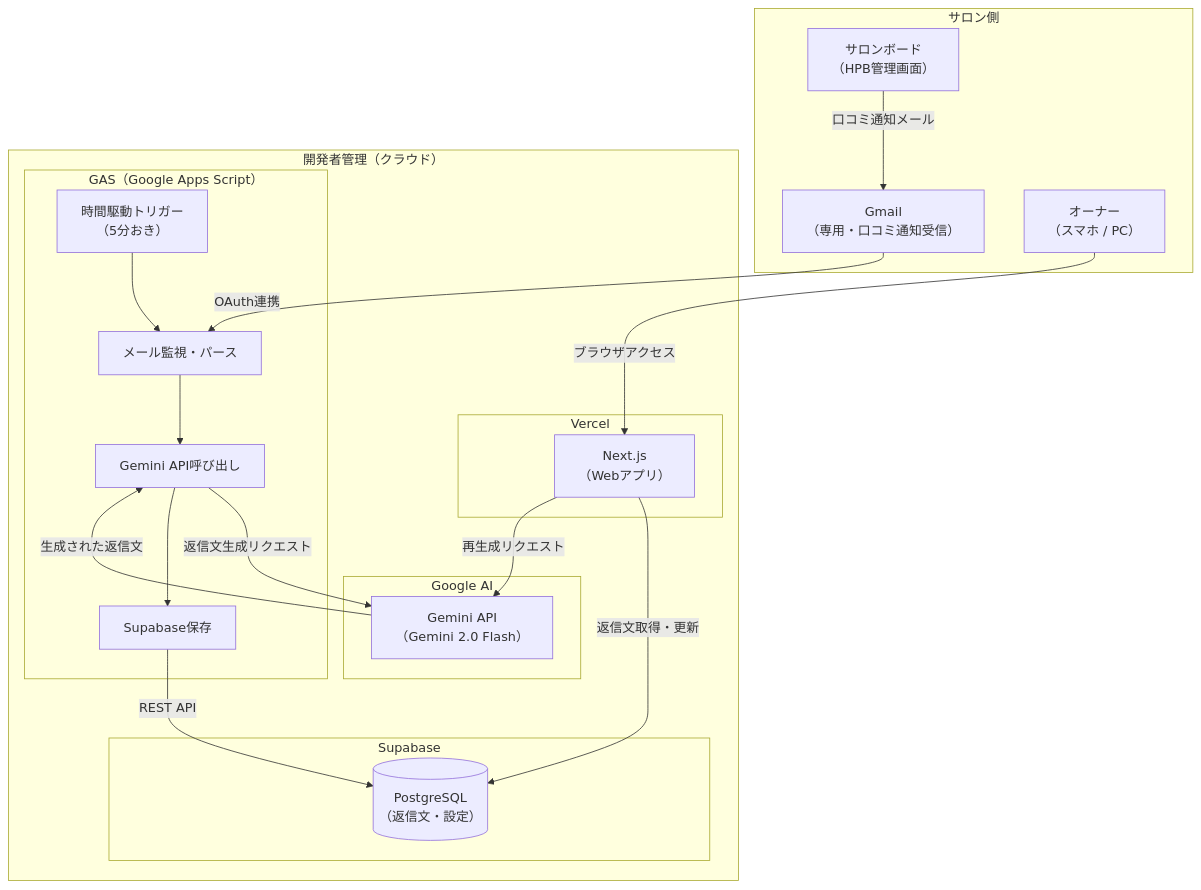
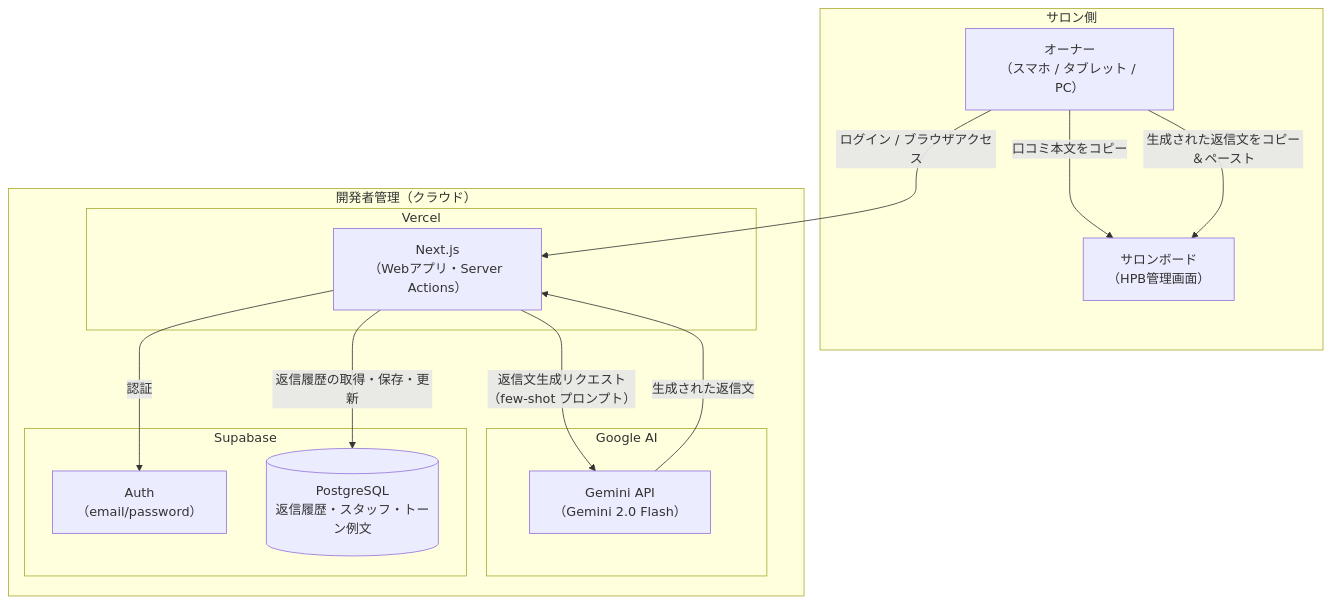
One commit to fu-mi-man/salon-ai changed the first of 3 diagrams in docs/99_research/technology/architecture.md. Above: the diagram before and after it, drawn with Mermaid. The commit also changed other lines of this file and 18 other files, not shown here.

````diff
--- a/docs/99_research/technology/architecture.md
+++ b/docs/99_research/technology/architecture.md
@@ -5,41 +5,30 @@
 ```mermaid
 graph TB
   subgraph salon["サロン側"]
     SB["サロンボード\n（HPB管理画面）"]
-    GM["Gmail\n（専用・口コミ通知受信）"]
-    OW["オーナー\n（スマホ / PC）"]
+    OW["オーナー\n（スマホ / タブレット / PC）"]
   end
 
   subgraph cloud["開発者管理（クラウド）"]
-    subgraph gas["GAS（Google Apps Script）"]
-      TR["時間駆動トリガー\n（5分おき）"]
-      ML["メール監視・パース"]
-      GN["Gemini API呼び出し"]
-      SV["Supabase保存"]
-    end
-
     subgraph gemini["Google AI"]
       GEM["Gemini API\n（Gemini 2.0 Flash）"]
     end
 
     subgraph vercel["Vercel"]
-      NX["Next.js\n（Webアプリ）"]
+      NX["Next.js\n（Webアプリ・Server Actions）"]
     end
 
     subgraph supabase["Supabase"]
-      DB[("PostgreSQL\n（返信文・設定）")]
+      AU["Auth\n（email/password）"]
+      DB[("PostgreSQL\n返信履歴・スタッフ・トーン例文")]
     end
   end
 
-  SB -->|"口コミ通知メール"| GM
-  GM -->|"OAuth連携"| ML
-  TR --> ML
-  ML --> GN
-  GN -->|"返信文生成リクエスト"| GEM
-  GEM -->|"生成された返信文"| GN
-  GN --> SV
-  SV -->|"REST API"| DB
-  OW -->|"ブラウザアクセス"| NX
-  NX -->|"返信文取得・更新"| DB
-  NX -->|"再生成リクエスト"| GEM
+  OW -->|"口コミ本文をコピー"| SB
+  OW -->|"ログイン / ブラウザアクセス"| NX
+  NX -->|"認証"| AU
+  NX -->|"返信文生成リクエスト\n（few-shot プロンプト）"| GEM
+  GEM -->|"生成された返信文"| NX
+  NX -->|"返信履歴の取得・保存・更新"| DB
+  OW -->|"生成された返信文をコピー＆ペースト"| SB
 ```
````
